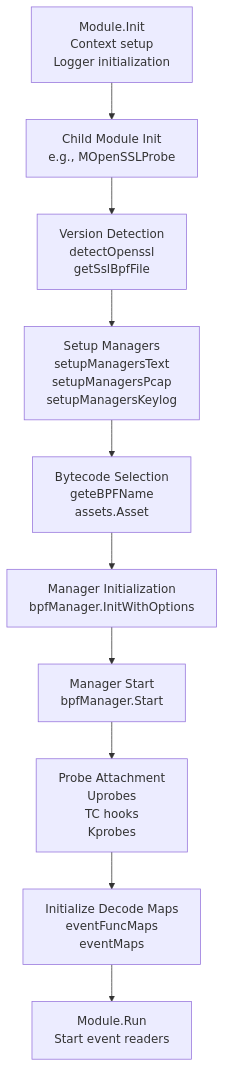
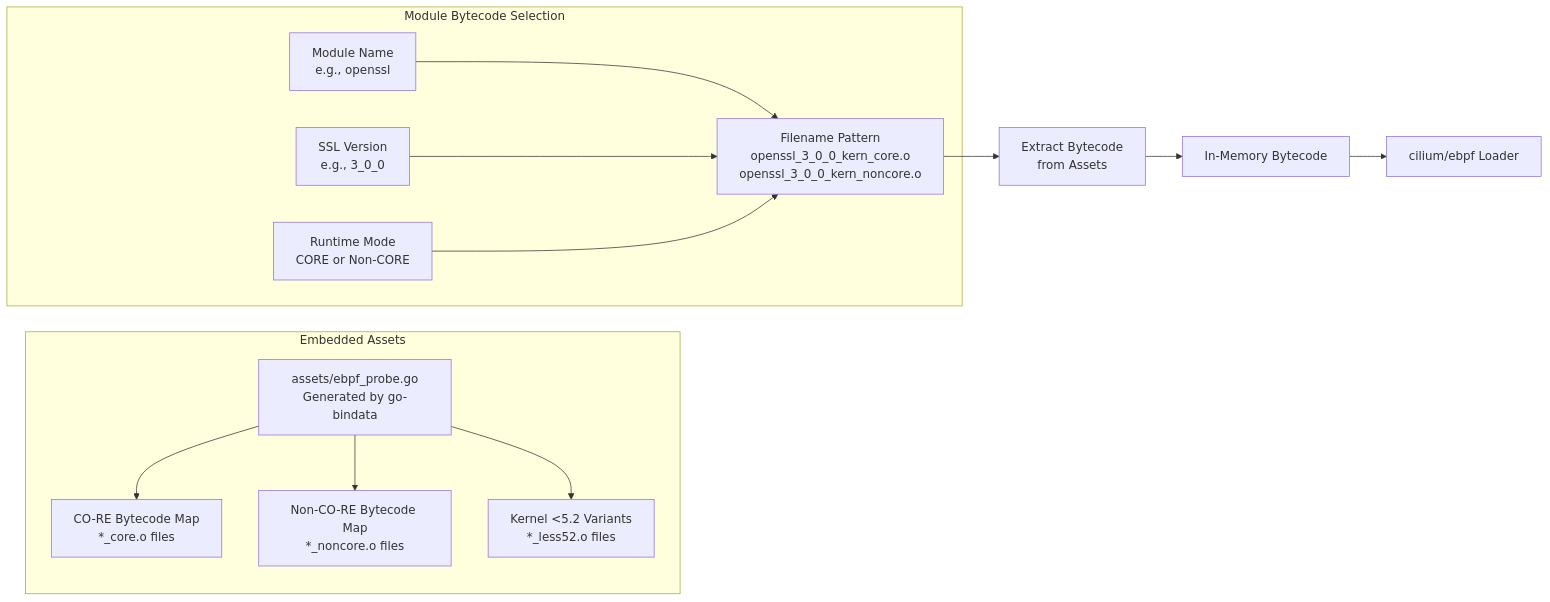
One commit to gojue/ecapture.cc changed the fifth of 11 diagrams in src/en/2-architecture/2.1-ebpf-engine.md. Above: the diagram before and after it, drawn with Mermaid. The commit also changed other lines of this file and 70 other files, not shown here.

Commit message:
feat: update sidebar and navigation links for architecture and shell command auditing sections

````diff
--- a/src/en/2-architecture/2.1-ebpf-engine.md
+++ b/src/en/2-architecture/2.1-ebpf-engine.md
@@ -312,32 +242,30 @@
 ```mermaid
-graph TB
-    INIT["Module.Init<br/>Context setup<br/>Logger initialization"]
+graph LR
+    subgraph "Embedded Assets"
+        AssetsGo["assets/ebpf_probe.go<br/>Generated by go-bindata"]
+        
+        CoreMap["CO-RE Bytecode Map<br/>*_core.o files"]
+        NonCoreMap["Non-CO-RE Bytecode Map<br/>*_noncore.o files"]
+        Less52Map["Kernel <5.2 Variants<br/>*_less52.o files"]
+        
+        AssetsGo --> CoreMap
+        AssetsGo --> NonCoreMap
+        AssetsGo --> Less52Map
+    end
     
-    CHILD_INIT["Child Module Init<br/>e.g., MOpenSSLProbe"]
+    subgraph "Module Bytecode Selection"
+        ModuleName["Module Name<br/>e.g., openssl"]
+        Version["SSL Version<br/>e.g., 3_0_0"]
+        Mode["Runtime Mode<br/>CORE or Non-CORE"]
+        
+        Pattern["Filename Pattern<br/>openssl_3_0_0_kern_core.o<br/>openssl_3_0_0_kern_noncore.o"]
+        
+        ModuleName --> Pattern
+        Version --> Pattern
+        Mode --> Pattern
+    end
     
-    VERSION["Version Detection<br/>detectOpenssl<br/>getSslBpfFile"]
-    
-    SETUP["Setup Managers<br/>setupManagersText<br/>setupManagersPcap<br/>setupManagersKeylog"]
-    
-    BYTECODE["Bytecode Selection<br/>geteBPFName<br/>assets.Asset"]
-    
-    INIT_MGR["Manager Initialization<br/>bpfManager.InitWithOptions"]
-    
-    START_MGR["Manager Start<br/>bpfManager.Start"]
-    
-    ATTACH["Probe Attachment<br/>Uprobes<br/>TC hooks<br/>Kprobes"]
-    
-    DECODE["Initialize Decode Maps<br/>eventFuncMaps<br/>eventMaps"]
-    
-    RUN["Module.Run<br/>Start event readers"]
-    
-    INIT --> CHILD_INIT
-    CHILD_INIT --> VERSION
-    VERSION --> SETUP
-    SETUP --> BYTECODE
-    BYTECODE --> INIT_MGR
-    INIT_MGR --> START_MGR
-    START_MGR --> ATTACH
-    ATTACH --> DECODE
-    DECODE --> RUN
+    Pattern --> Extract[Extract Bytecode<br/>from Assets]
+    Extract --> Memory[In-Memory Bytecode]
+    Memory --> Loader["cilium/ebpf Loader"]
 ```
````
